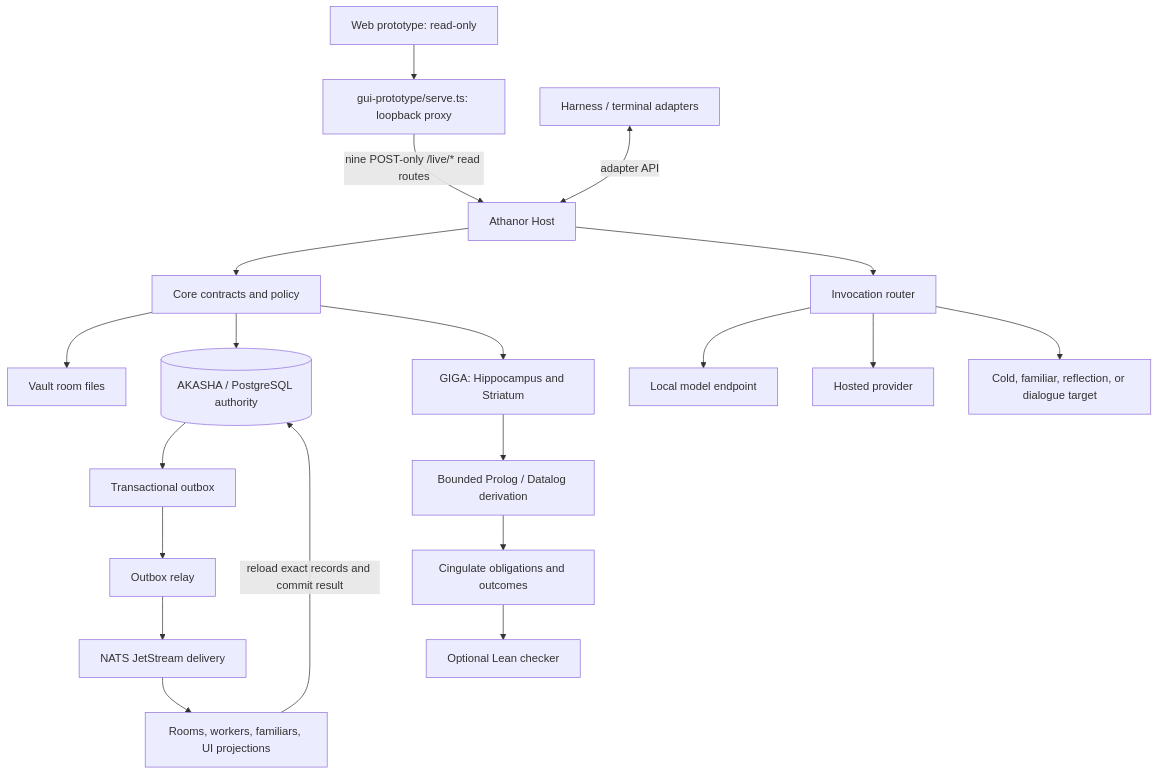
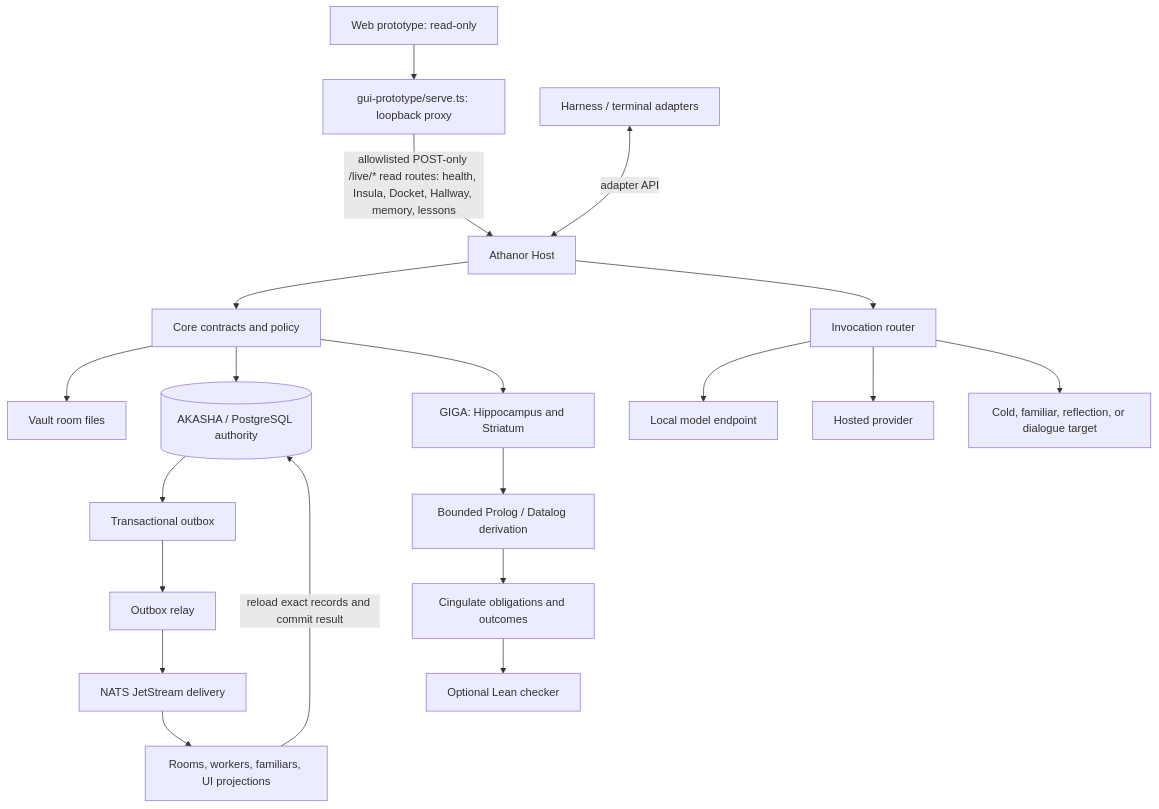
One commit to solarisael/the-athanor changed the first of 4 diagrams in docs/RUNTIME_ARCHITECTURE.md. Above: the diagram before and after it, drawn with Mermaid. The commit also changed other lines of this file and 96 other files, not shown here.

````diff
--- a/docs/RUNTIME_ARCHITECTURE.md
+++ b/docs/RUNTIME_ARCHITECTURE.md
@@ -82,26 +111,26 @@
 ```mermaid
 flowchart TD
   UI[Web prototype: read-only] --> PROXY[gui-prototype/serve.ts: loopback proxy]
-  PROXY -->|nine POST-only /live/* read routes| HOST[Athanor Host]
+  PROXY -->|allowlisted POST-only /live/* read routes: health, Insula, Docket, Hallway, memory, lessons| HOST[Athanor Host]
   TERM[Harness / terminal adapters] <-->|adapter API| HOST
 
   HOST --> CORE[Core contracts and policy]
   CORE --> VAULT[Vault room files]
   CORE --> AKASHA[(AKASHA / PostgreSQL authority)]
 
   AKASHA --> OUTBOX[Transactional outbox]
   OUTBOX --> RELAY[Outbox relay]
   RELAY --> NATS[NATS JetStream delivery]
   NATS --> CONSUMERS[Rooms, workers, familiars, UI projections]
   CONSUMERS -->|reload exact records and commit result| AKASHA
 
   CORE --> GIGA[GIGA: Hippocampus and Striatum]
   GIGA --> RULES[Bounded Prolog / Datalog derivation]
   RULES --> CING[Cingulate obligations and outcomes]
   CING --> LEAN[Optional Lean checker]
 
   HOST --> ROUTER[Invocation router]
   ROUTER --> LOCAL[Local model endpoint]
   ROUTER --> PROVIDER[Hosted provider]
   ROUTER --> ROOMS[Cold, familiar, reflection, or dialogue target]
 ```
````
